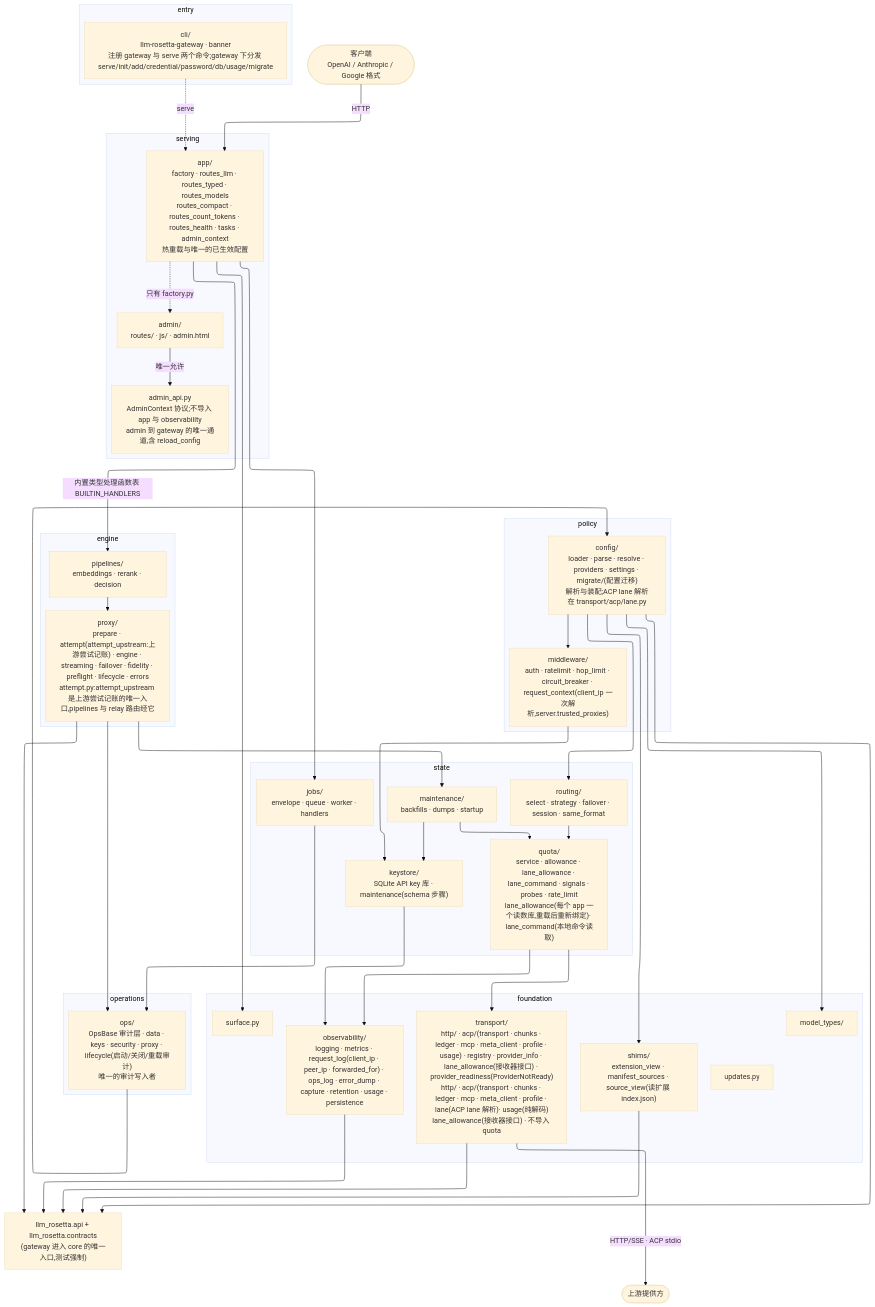
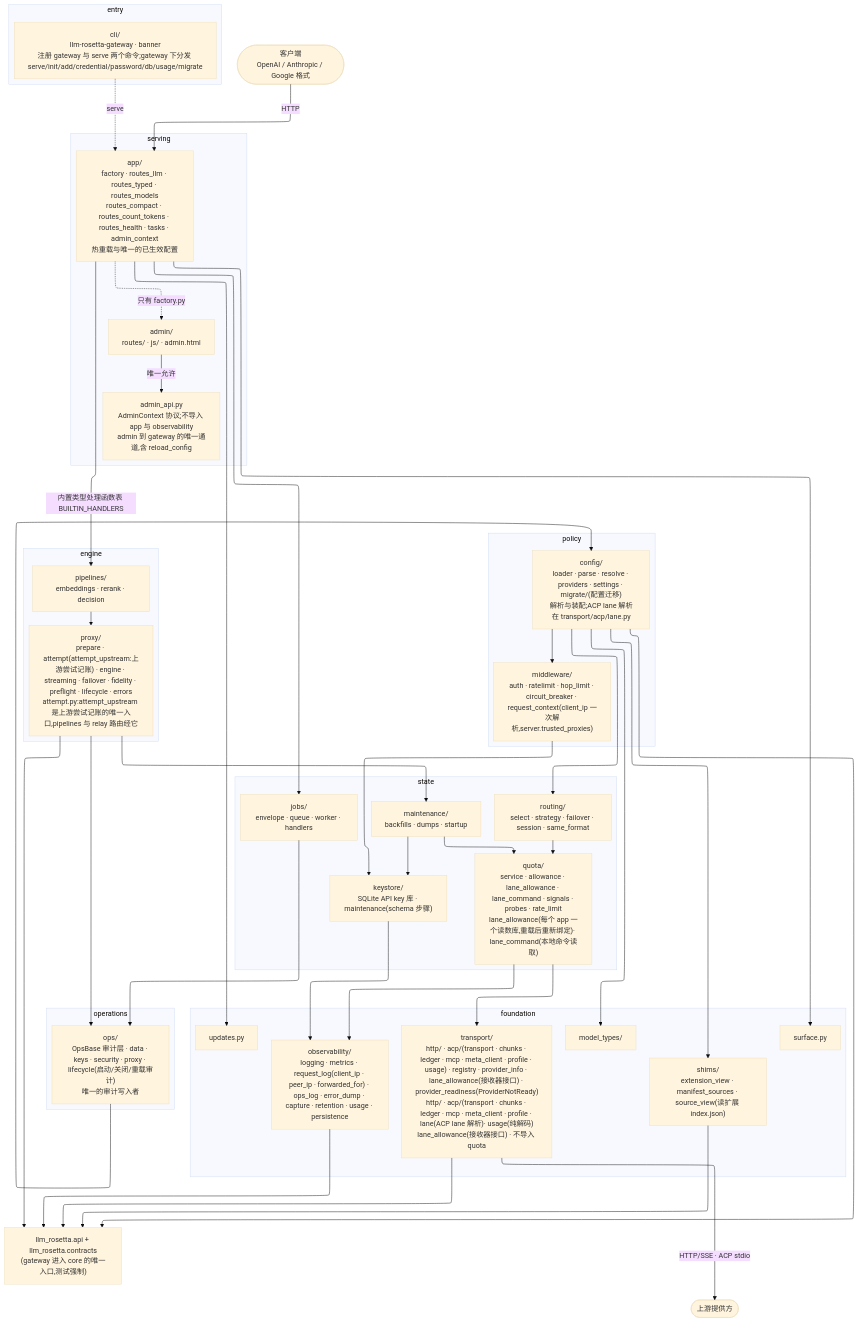
One commit to Oaklight/llm-rosetta changed the diagram in gap_ideal.mmd. Above: the diagram before and after it, drawn with Mermaid (base theme). The commit also changed 4 other files, not shown here.

Commit message:
diagrams: admin imports only admin_api; the app reads are the one open item (#1830 A1 part 3)

```diff
--- a/gap_ideal.mmd
+++ b/gap_ideal.mmd
@@ -1,71 +1,72 @@
 ---
 config:
   layout: elk
 ---
 flowchart TB
   subgraph STATE["state"]
     KEYSTORE["keystore/<br/>SQLite API key 库 · maintenance(schema 步骤)"]
     MAINT["maintenance/<br/>backfills · dumps · startup"]
     JOBS["jobs/<br/>envelope · queue · worker · handlers"]
     QUOTA["quota/<br/>service · allowance · lane_allowance · lane_command · signals · probes · rate_limit<br/>lane_allowance(每个 app 一个读数库,重载后重新绑定)· lane_command(本地命令读取)"]
     ROUTING["routing/<br/>select · strategy · failover · session · same_format"]
   end
   subgraph POLICY["policy"]
     CONFIG["config/<br/>loader · parse · resolve · providers · settings · migrate/(配置迁移)<br/>解析与装配;ACP lane 解析在 transport/acp/lane.py"]
     MW["middleware/<br/>auth · ratelimit · hop_limit · circuit_breaker · request_context(client_ip 一次解析,server.trusted_proxies)"]
   end
   subgraph FOUNDATION["foundation"]
     TRANSPORT["transport/<br/>http/ · acp/(transport · chunks · ledger · mcp · meta_client · profile · usage) · registry · provider_info · lane_allowance(接收器接口) · provider_readiness(ProviderNotReady)<br/>http/ · acp/(transport · chunks · ledger · mcp · meta_client · profile · lane(ACP lane 解析)· usage(纯解码)<br/>lane_allowance(接收器接口) · 不导入 quota"]
     SURF["surface.py"]
     OBS["observability/<br/>logging · metrics · request_log(client_ip · peer_ip · forwarded_for) · ops_log · error_dump · capture · retention · usage · persistence"]
     UPD["updates.py"]
     MT["model_types/"]
     SHIMS["shims/<br/>extension_view · manifest_sources · source_view(读扩展 index.json)"]
   end
   subgraph ENGINE["engine"]
     PROXY["proxy/<br/>prepare · attempt(attempt_upstream:上游尝试记账) · engine · streaming · failover · fidelity · preflight · lifecycle · errors<br/>attempt.py:attempt_upstream 是上游尝试记账的唯一入口,pipelines 与 relay 路由经它"]
     PIPES["pipelines/<br/>embeddings · rerank · decision"]
   end
   subgraph OPERATIONS["operations"]
     OPS["ops/<br/>OpsBase 审计层 · data · keys · security · proxy · lifecycle(启动/关闭/重载审计)<br/>唯一的审计写入者"]
   end
   subgraph ENTRY["entry"]
     CLI["cli/<br/>llm-rosetta-gateway · banner<br/>注册 gateway 与 serve 两个命令;gateway 下分发 serve/init/add/credential/password/db/usage/migrate"]
   end
   CLIENT(["客户端<br/>OpenAI / Anthropic / Google 格式"])
   CORE["llm_rosetta.api + llm_rosetta.contracts<br/>(gateway 进入 core 的唯一入口,测试强制)"]
   UP(["上游提供方"])
   subgraph SERVING["serving"]
     ADMINAPI["admin_api.py<br/>AdminContext 协议;不导入 app 与 observability<br/>admin 到 gateway 的唯一通道,含 reload_config"]
     ADMIN["admin/<br/>routes/ · js/ · admin.html"]
     APP["app/<br/>factory · routes_llm · routes_typed · routes_models<br/>routes_compact · routes_count_tokens · routes_health · tasks · admin_context<br/>热重载与唯一的已生效配置"]
   end
   ADMIN -->|"唯一允许"| ADMINAPI
   APP -.->|"只有 factory.py"| ADMIN
   APP --> JOBS
   APP -->|"内置类型处理函数表 BUILTIN_HANDLERS"| PIPES
   APP --> SURF
+  APP --> UPD
   CLI -.->|"serve"| APP
   CONFIG --> MW
   CONFIG --> MT
   CONFIG --> ROUTING
   CONFIG --> SHIMS
   JOBS --> OPS
   KEYSTORE --> OBS
   MAINT --> KEYSTORE
   MAINT --> QUOTA
   MW --> KEYSTORE
   OPS --> CONFIG
   PIPES --> PROXY
   PROXY --> MAINT
   PROXY --> OPS
   QUOTA --> OBS
   QUOTA --> TRANSPORT
   ROUTING --> QUOTA
   CONFIG --> CORE
   TRANSPORT -->|HTTP/SSE · ACP stdio| UP
   OBS --> CORE
   SHIMS --> CORE
   TRANSPORT --> CORE
   CLIENT -->|HTTP| APP
   PROXY --> CORE
```
